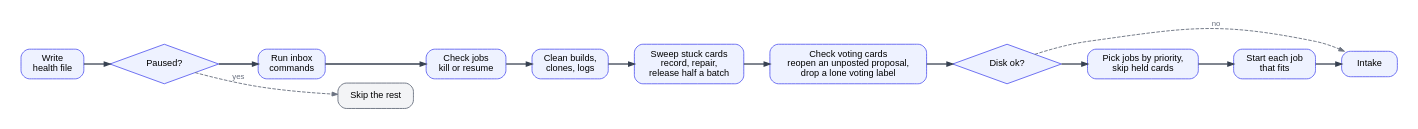
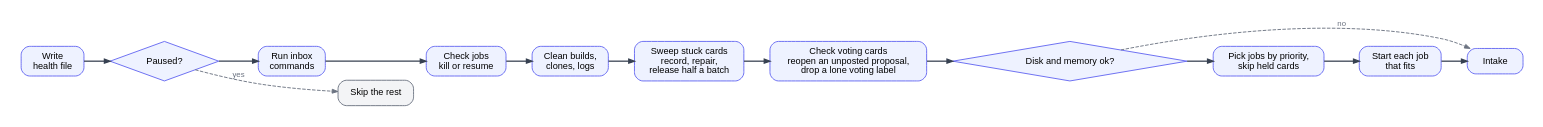
The diagram in factory/docs/diagrams/tick.dot (ROAM-game-org/road-machiners), drawn with Graphviz before and after one commit. The commit also changed 7 other files, not shown here.

```diff
--- a/factory/docs/diagrams/tick.dot
+++ b/factory/docs/diagrams/tick.dot
@@ -1,16 +1,16 @@
 // One tick. Black: normal path. Grey: the tick skips steps. Intake runs last, so its failure never holds back a job.
 // The stuck sweep and the voting check run on the board the tick read, and their crashes never hold back the jobs.
 digraph tick {
   rankdir=LR; nodesep=0.3; ranksep=0.5; bgcolor=white; pad=0.3;
   node [shape=box, style="rounded,filled", fillcolor="#eef2ff", color="#6366f1", fontname="Helvetica", fontsize=13, margin="0.15,0.1", penwidth=1.3, width=1.1];
   edge [color="#374151", penwidth=1.8, arrowsize=0.8, fontname="Helvetica", fontsize=11];
   H [label="Write\nhealth file"]; Q [label="Paused?", shape=diamond, style=filled, width=1.1]; IN [label="Run inbox\ncommands"];
   J [label="Check jobs\nkill or resume"]; K [label="Intake"]; CL [label="Clean builds,\nclones, logs"];
   SW [label="Sweep stuck cards\nrecord, repair,\nrelease half a batch"];
   RV [label="Check voting cards\nreopen an unposted proposal,\ndrop a lone voting label"];
-  DSK [label="Disk ok?", shape=diamond, style=filled, width=1.1]; PK [label="Pick jobs by priority,\nskip held cards"]; ST [label="Start each job\nthat fits"];
+  DSK [label="Disk and memory ok?", shape=diamond, style=filled, width=1.1]; PK [label="Pick jobs by priority,\nskip held cards"]; ST [label="Start each job\nthat fits"];
   STOP [label="Skip the rest", fillcolor="#f3f4f6", color="#6b7280"];
   H -> Q -> IN -> J -> CL -> SW -> RV -> DSK -> PK -> ST -> K [weight=100];
   edge [color="#6b7280", fontcolor="#6b7280", style=dashed, penwidth=1.3, weight=0];
   Q -> STOP [label="yes"]; DSK -> K [label="no"];
 }
```
